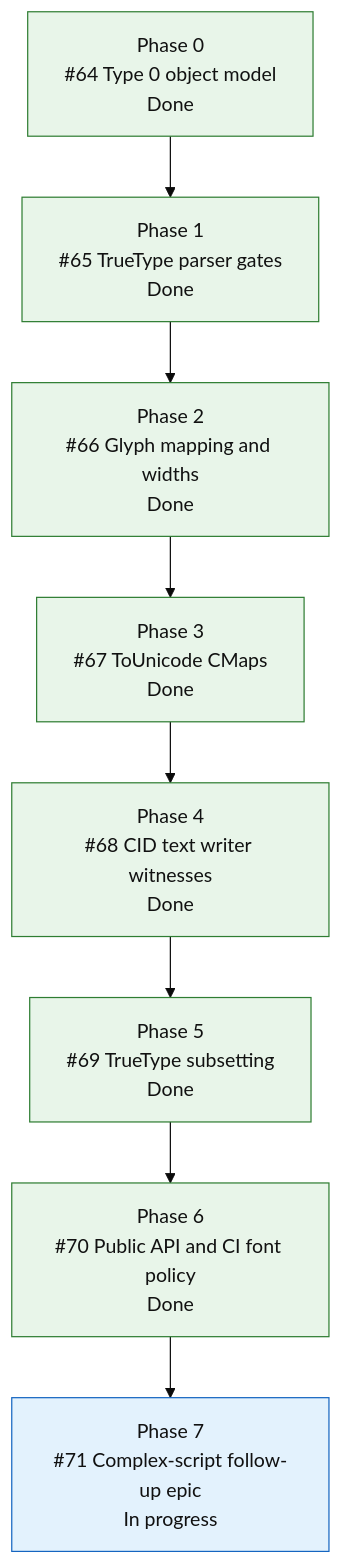
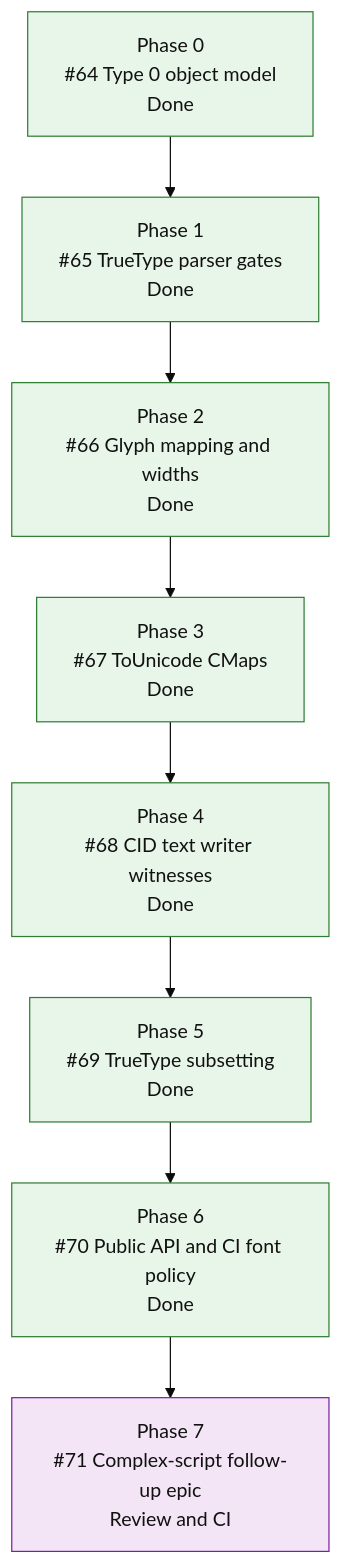
Before and after one commit to mihaelamj/MarkdownPDF: the third of 4 diagrams in README.md, drawn with Mermaid (base theme).

Commit message:
docs(roadmap): mark complex script epic in review

````diff
--- a/README.md
+++ b/README.md
@@ -271,21 +271,21 @@
 ```mermaid
 flowchart TD
     E0["Phase 0<br/>#64 Type 0 object model<br/>Done"]
     E1["Phase 1<br/>#65 TrueType parser gates<br/>Done"]
     E2["Phase 2<br/>#66 Glyph mapping and widths<br/>Done"]
     E3["Phase 3<br/>#67 ToUnicode CMaps<br/>Done"]
     E4["Phase 4<br/>#68 CID text writer witnesses<br/>Done"]
     E5["Phase 5<br/>#69 TrueType subsetting<br/>Done"]
     E6["Phase 6<br/>#70 Public API and CI font policy<br/>Done"]
-    E7["Phase 7<br/>#71 Complex-script follow-up epic<br/>In progress"]
+    E7["Phase 7<br/>#71 Complex-script follow-up epic<br/>Review and CI"]
 
     E0 --> E1 --> E2 --> E3 --> E4 --> E5 --> E6 --> E7
 
     classDef done fill:#e8f5e9,stroke:#2e7d32,color:#111;
     classDef active fill:#e3f2fd,stroke:#1565c0,color:#111;
     classDef review fill:#f3e5f5,stroke:#7b1fa2,color:#111;
     classDef next fill:#fff8e1,stroke:#f9a825,color:#111;
     classDef todo fill:#eef3ff,stroke:#3367d6,color:#111;
     class E0,E1,E2,E3,E4,E5,E6 done;
-    class E7 active;
+    class E7 review;
 ```
````
